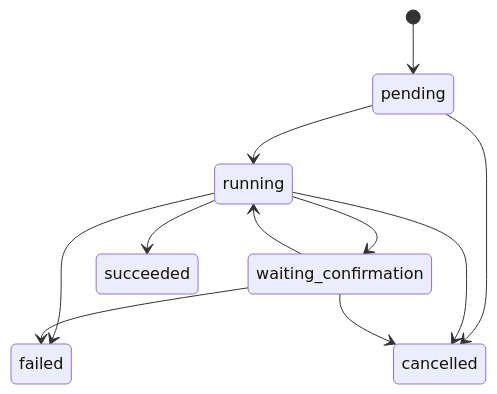
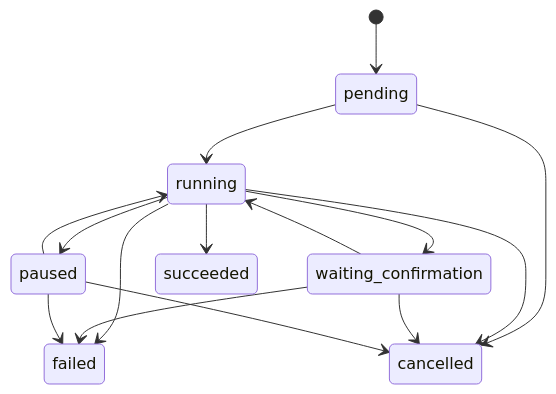
One commit to Gxh-aviliable/enterprise-controlled-coding-agent changed the sixth of 11 diagrams in docs/PROJECT-WALKTHROUGH.md. Above: the diagram before and after it, drawn with Mermaid. The commit also changed other lines of this file and 87 other files, not shown here.

````diff
--- a/docs/PROJECT-WALKTHROUGH.md
+++ b/docs/PROJECT-WALKTHROUGH.md
@@ -2185,13 +2214,17 @@
 ```mermaid
 stateDiagram-v2
     [*] --> pending
     pending --> running
     pending --> cancelled
+    running --> paused
+    paused --> running
     running --> waiting_confirmation
     waiting_confirmation --> running
     running --> succeeded
     running --> failed
     running --> cancelled
     waiting_confirmation --> failed
     waiting_confirmation --> cancelled
+    paused --> failed
+    paused --> cancelled
 ```
````
